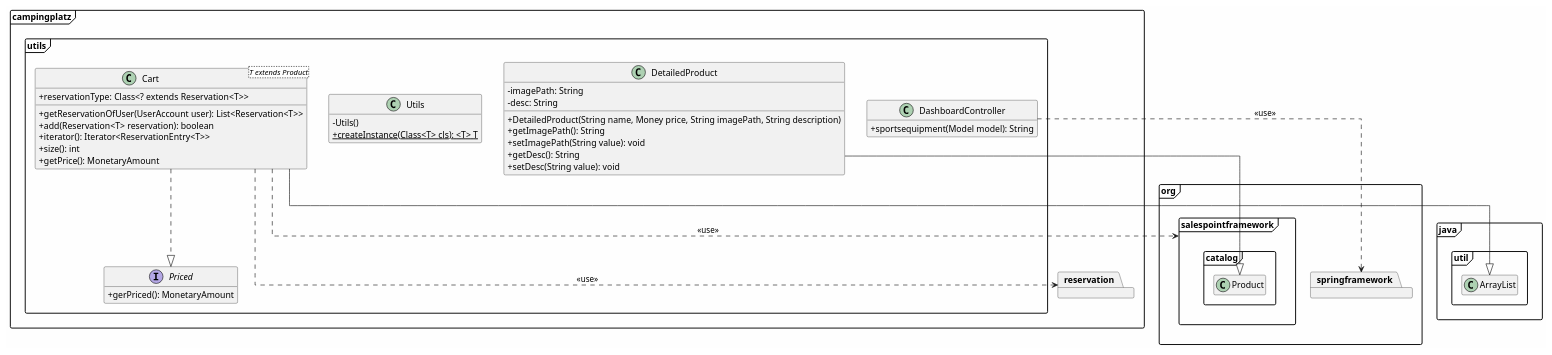
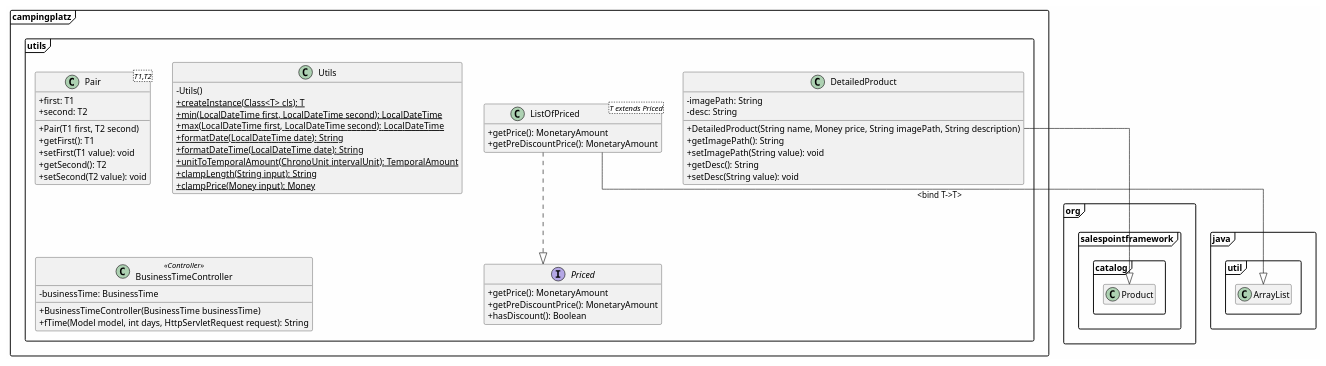
The diagram in src/main/asciidoc/models/design/EKD_Utils.puml (ShadowPaint-SP/Softwaretechnologieprojekt), drawn with PlantUML before and after one commit. The commit also changed 5 other files, not shown here.

```diff
--- a/src/main/asciidoc/models/design/EKD_Utils.puml
+++ b/src/main/asciidoc/models/design/EKD_Utils.puml
@@ -1,62 +1,61 @@
 @startuml
 hide empty fields
 hide empty methods
 skinparam classAttributeIconSize 0
 skinparam linetype ortho
 skinparam BackgroundColor #FEFEFE
 allowmixing
 skinparam packageStyle Frame
-
-package campingplatz{
-    package reservation
-}
-
-
-package org{
-    package springframework
-    package salespointframework{
-    class catalog.Product
-    }
-}
 
 package campingplatz.utils {
     class DetailedProduct{
     -imagePath: String
     -desc: String
     +DetailedProduct(String name, Money price, String imagePath, String description)
     +getImagePath(): String
     +setImagePath(String value): void
     +getDesc(): String
     +setDesc(String value): void
     }
-    class Cart<T extends Product>{
-    +reservationType: Class<? extends Reservation<T>>
-    +getReservationOfUser(UserAccount user): List<Reservation<T>>
-    +add(Reservation<T> reservation): boolean
-    +iterator(): Iterator<ReservationEntry<T>>
-    +size(): int
-    +getPrice(): MonetaryAmount
+    class Pair<T1,T2>{
+    +first: T1
+    +second: T2
+    +Pair(T1 first, T2 second)
+    +getFirst(): T1
+    +setFirst(T1 value): void
+    +getSecond(): T2
+    +setSecond(T2 value): void
     }
     interface Priced{
-    +gerPriced(): MonetaryAmount
+    +getPrice(): MonetaryAmount
+    +getPreDiscountPrice(): MonetaryAmount
+    +hasDiscount(): Boolean
     }
     class Utils{
     -Utils()
-    +{static} createInstance(Class<T> cls): <T> T
+    +{static} createInstance(Class<T> cls): T
+    +{static} min(LocalDateTime first, LocalDateTime second): LocalDateTime
+    +{static} max(LocalDateTime first, LocalDateTime second): LocalDateTime
+    +{static} formatDate(LocalDateTime date): String
+    +{static} formatDateTime(LocalDateTime date): String
+    +{static} unitToTemporalAmount(ChronoUnit intervalUnit): TemporalAmount
+    +{static} clampLength(String input): String
+    +{static} clampPrice(Money input): Money
     }
-    class DashboardController{
-    +sportsequipment(Model model): String
+    class ListOfPriced <T extends Priced> {
+    +getPrice(): MonetaryAmount
+    +getPreDiscountPrice(): MonetaryAmount
+    }
+    class BusinessTimeController<<Controller>> {
+    -businessTime: BusinessTime
+    +BusinessTimeController(BusinessTime businessTime)
+    +fTime(Model model, int days, HttpServletRequest request): String
     }
 
 }
 
-Cart --|> java.util.ArrayList
-Cart ..|> Priced
-Cart ..> salespointframework: <<use>>
-Cart ..> reservation: <<use>>
-
-DashboardController ..> springframework: <<use>>
-
-DetailedProduct --|> Product
+DetailedProduct --|> org.salespointframework.catalog.Product
+ListOfPriced --|> java.util.ArrayList: <bind T->T>
+ListOfPriced ..|> Priced
 
 @enduml
```
